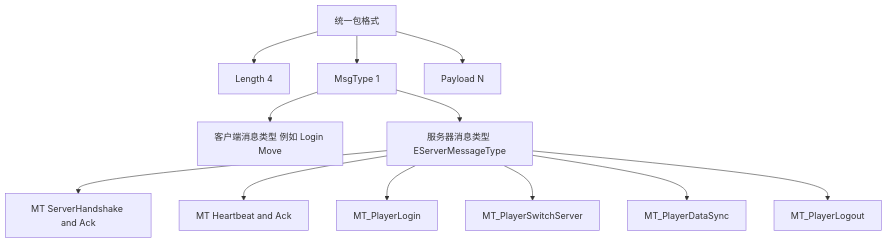
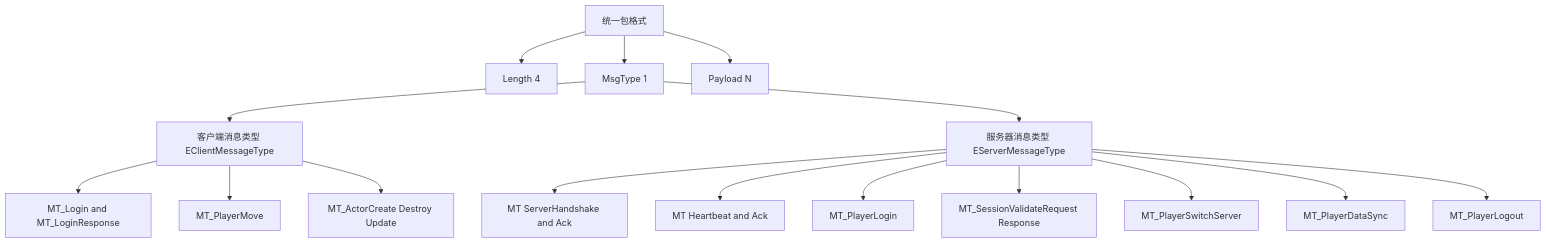
Before and after one commit to lz1287209575/Mession: the sixth of 7 diagrams in README.md, drawn with Mermaid. The commit also changed other lines of this file, not shown here.

````diff
--- a/README.md
+++ b/README.md
@@ -187,21 +190,26 @@
 ```mermaid
 flowchart TD
     P0[统一包格式]
     P1[Length 4]
     P2[MsgType 1]
     P3[Payload N]
 
     P0 --> P1
     P0 --> P2
     P0 --> P3
 
-    P2 --> CMsg[客户端消息类型 例如 Login Move]
+    P2 --> CMsg[客户端消息类型 EClientMessageType]
     P2 --> SMsg[服务器消息类型 EServerMessageType]
+
+    CMsg --> CL[MT_Login and MT_LoginResponse]
+    CMsg --> CM[MT_PlayerMove]
+    CMsg --> CA[MT_ActorCreate Destroy Update]
 
     SMsg --> HS[MT ServerHandshake and Ack]
     SMsg --> HB[MT Heartbeat and Ack]
     SMsg --> PL[MT_PlayerLogin]
+    SMsg --> SV[MT_SessionValidateRequest Response]
     SMsg --> PS[MT_PlayerSwitchServer]
     SMsg --> PD[MT_PlayerDataSync]
     SMsg --> PO[MT_PlayerLogout]
 ```
````
